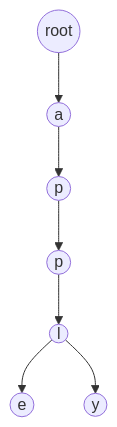
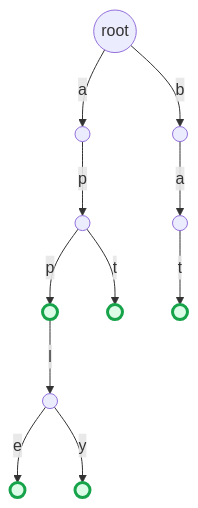
One commit to rainboyOJ/rbook_nunjucks changed the diagram in book/pages/string/trie/index.md. Above: the diagram before and after it, drawn with Mermaid. The commit also changed other lines of this file, not shown here.

Commit message:
Trie 核心直觉改用 mermaid 树图，展示共享前缀与终端节点

````diff
--- a/book/pages/string/trie/index.md
+++ b/book/pages/string/trie/index.md
@@ -47,5 +47,16 @@
 ```mermaid
-graph TD
-    root((root)) --> a((a)) --> p1((p)) --> p2((p)) --> l((l)) --> e((e))
-    l --> y((y))
+flowchart TD
+    root((root)) -->|a| a1(( ))
+    root -->|b| b1(( ))
+    a1 -->|p| ap(( ))
+    ap -->|p| app(( ))
+    ap -->|t| apt(( ))
+    app -->|l| appl(( ))
+    appl -->|e| apple(( ))
+    appl -->|y| apply(( ))
+    b1 -->|a| ba(( ))
+    ba -->|t| bat(( ))
+
+    classDef terminal fill:#dcfce7,stroke:#16a34a,stroke-width:3px;
+    class app,apt,apple,apply,bat terminal;
 ```
````
